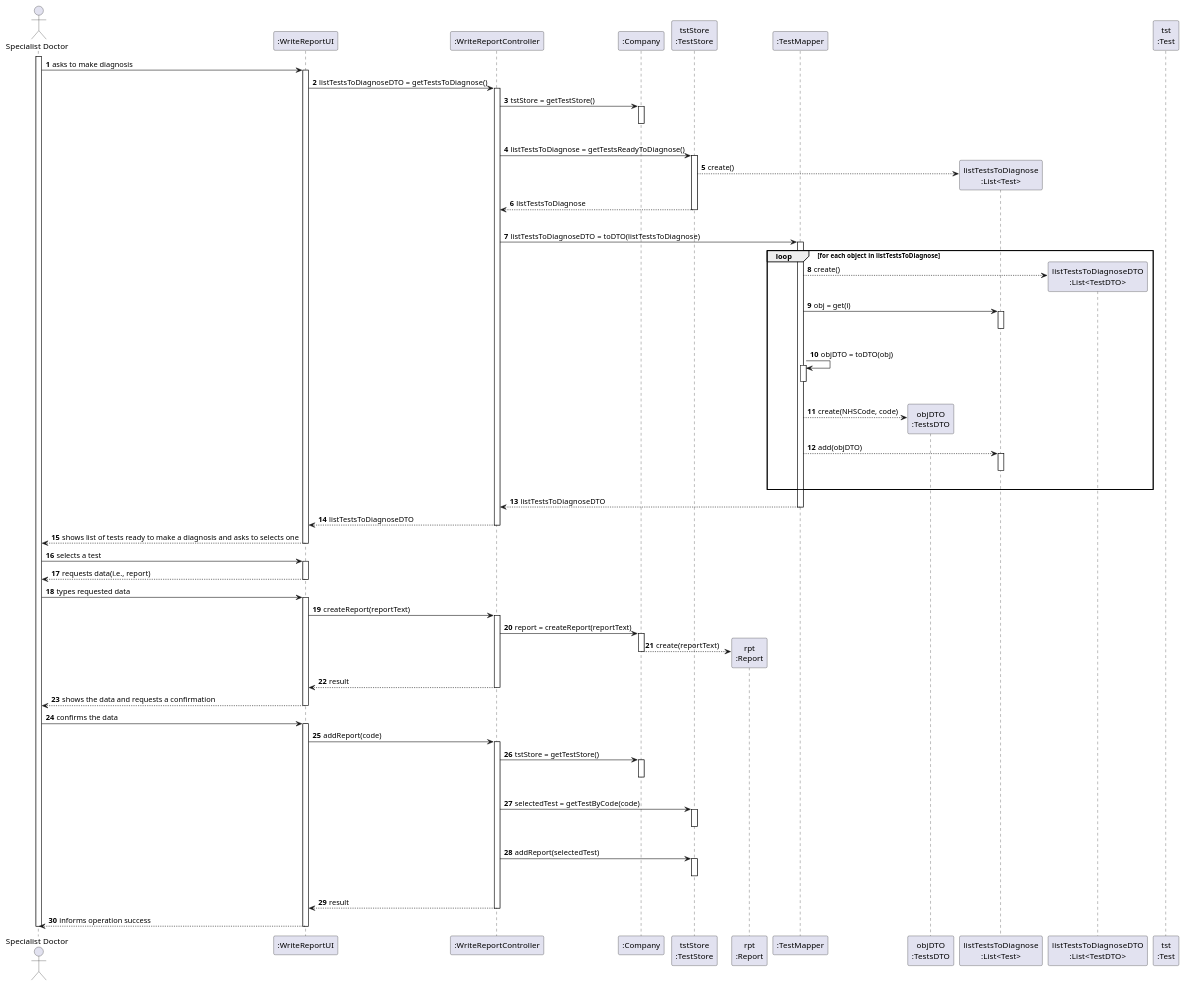
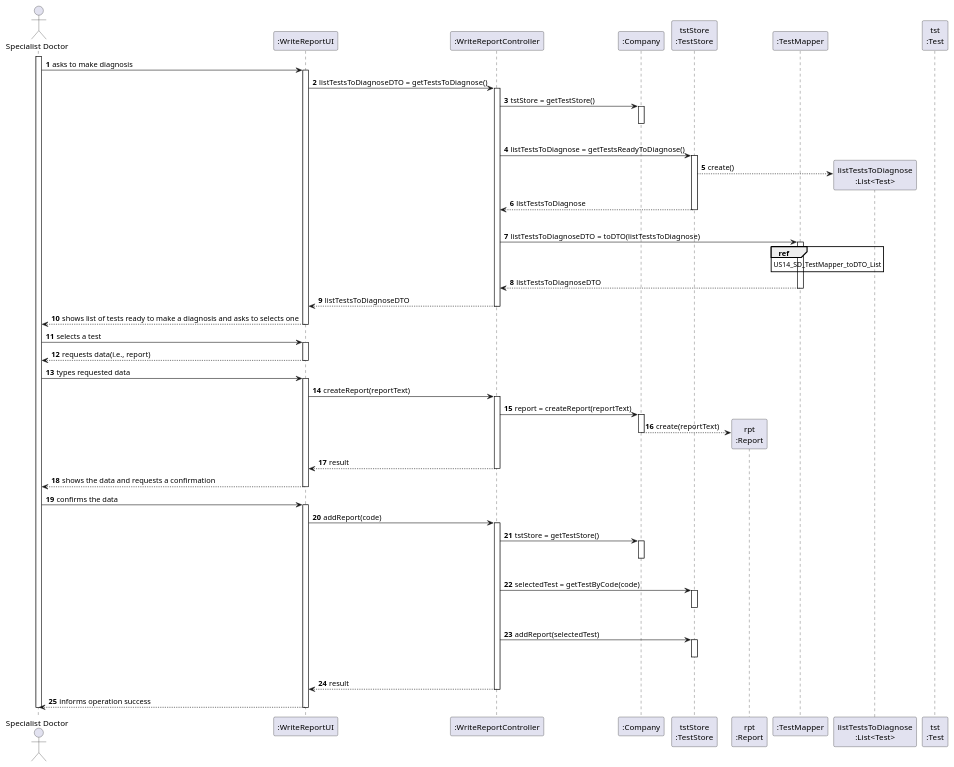
The diagram in docs/SprintC/US_14/US14_SD.puml (ana-albergaria/LAPR2-ISEP), drawn with PlantUML before and after one commit. The commit also changed 3 other files, not shown here.

```diff
--- a/docs/SprintC/US_14/US14_SD.puml
+++ b/docs/SprintC/US_14/US14_SD.puml
@@ -1,122 +1,104 @@
 @startuml
 autonumber
 actor "Specialist Doctor" as SPDT
 
 participant ":WriteReportUI" as UI
 participant ":WriteReportController" as CTRL
 participant ":Company" as CMP
 participant "tstStore\n:TestStore" as TSTSTORE
 participant "rpt\n:Report" as RPT
 participant ":TestMapper" as TSTMAPPER
-participant "objDTO\n:TestsDTO" as OBJ_DTO
+'participant "objDTO\n:TestsDTO" as OBJ_DTO
 participant "listTestsToDiagnose\n:List<Test>" as LT
-participant "listTestsToDiagnoseDTO\n:List<TestDTO>" as LIST_DTO
+'participant "listTestsToDiagnoseDTO\n:List<TestDTO>" as LIST_DTO
 participant "tst\n:Test" as TST
 
 activate SPDT
 SPDT -> UI : asks to make diagnosis
 activate UI
 UI -> CTRL : listTestsToDiagnoseDTO = getTestsToDiagnose()
 activate CTRL
 
 CTRL -> CMP : tstStore = getTestStore()
 activate CMP
 |||
 deactivate CMP
 
 CTRL -> TSTSTORE : listTestsToDiagnose = getTestsReadyToDiagnose()
 activate TSTSTORE
 
 TSTSTORE --> LT** : create()
 TSTSTORE --> CTRL : listTestsToDiagnose
 deactivate TSTSTORE
 |||
 
 CTRL -> TSTMAPPER : listTestsToDiagnoseDTO = toDTO(listTestsToDiagnose)
 activate TSTMAPPER
 
-loop for each object in listTestsToDiagnose
-TSTMAPPER --> LIST_DTO** : create()
-TSTMAPPER -> LT : obj = get(i)
-activate LT
-|||
-deactivate LT
-
-TSTMAPPER -> TSTMAPPER : objDTO = toDTO(obj)
-activate TSTMAPPER
-|||
-deactivate TSTMAPPER
-
-TSTMAPPER --> OBJ_DTO** : create(NHSCode, code)
-
-TSTMAPPER --> LT : add(objDTO)
-activate LT
-|||
-deactivate LT
-end
+ref over TSTMAPPER : US14_SD_TestMapper_toDTO_List
 
 TSTMAPPER --> CTRL : listTestsToDiagnoseDTO
 deactivate TSTMAPPER
 
 CTRL --> UI : listTestsToDiagnoseDTO
 deactivate CTRL
 
 UI --> SPDT : shows list of tests ready to make a diagnosis and asks to selects one
 deactivate UI
 
 'spdt writes the test code in the UI
 'it uses the test code when adding the report
 
 SPDT -> UI : selects a test
 activate UI
 
 UI --> SPDT : requests data(i.e., report)
 deactivate UI
 
 SPDT -> UI : types requested data
 activate UI
 
 UI -> CTRL : createReport(reportText)
 activate CTRL
 
 CTRL -> CMP : report = createReport(reportText)
 activate CMP
 
 CMP --> RPT** : create(reportText)
 deactivate CMP
 
 CTRL --> UI : result
 deactivate CTRL
 UI --> SPDT : shows the data and requests a confirmation
 deactivate UI
 
 SPDT -> UI : confirms the data
 activate UI
 
 UI -> CTRL : addReport(code)
 activate CTRL
 
 CTRL -> CMP : tstStore = getTestStore()
 activate CMP
 |||
 deactivate CMP
 
 CTRL -> TSTSTORE : selectedTest = getTestByCode(code)
 activate TSTSTORE
 |||
 deactivate TSTSTORE
 
 CTRL -> TSTSTORE : addReport(selectedTest)
 activate TSTSTORE
 |||
 deactivate TSTSTORE
 
 CTRL --> UI : result
 deactivate CMP
 deactivate CTRL
 
 UI --> SPDT : informs operation success
 deactivate UI
 deactivate SPDT
 
 @enduml
```
